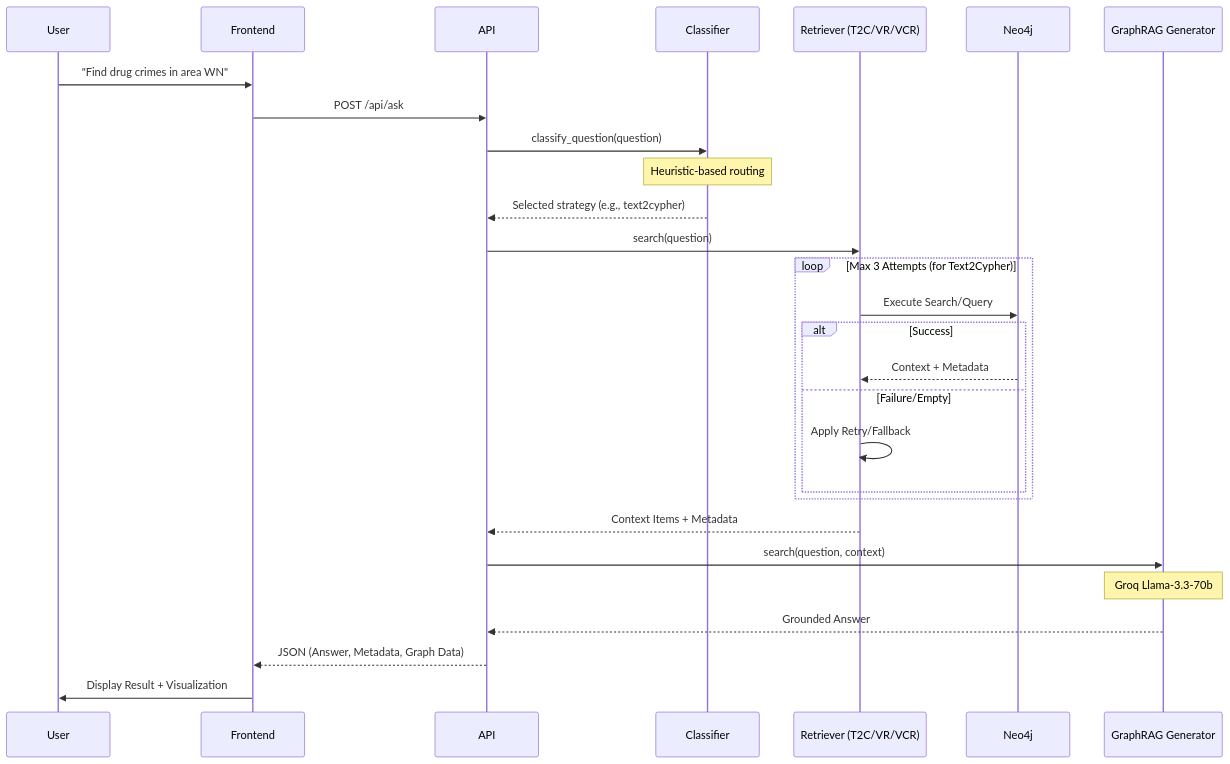
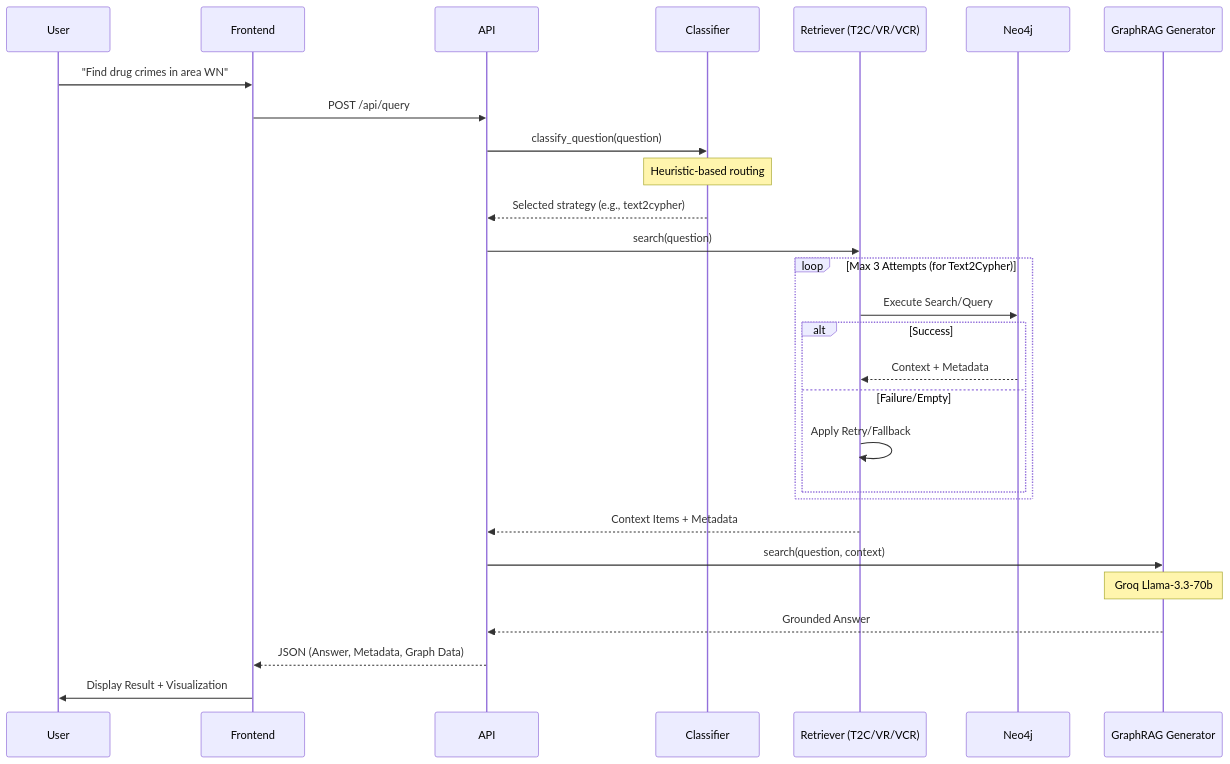
One commit to sairamreddy77/Investigraph changed the second of 12 diagrams in docs/ARCHITECTURE.md. Above: the diagram before and after it, drawn with Mermaid. The commit also changed other lines of this file and 6 other files, not shown here.

````diff
--- a/docs/ARCHITECTURE.md
+++ b/docs/ARCHITECTURE.md
@@ -101,37 +101,37 @@
 ```mermaid
 sequenceDiagram
     participant User
     participant Frontend
     participant API
     participant Classifier
     participant Retriever as Retriever (T2C/VR/VCR)
     participant Neo4j
     participant RAG as GraphRAG Generator
 
     User->>Frontend: "Find drug crimes in area WN"
-    Frontend->>API: POST /api/ask
+    Frontend->>API: POST /api/query
 
     API->>Classifier: classify_question(question)
     Note over Classifier: Heuristic-based routing
     Classifier-->>API: Selected strategy (e.g., text2cypher)
 
     API->>Retriever: search(question)
     
     loop Max 3 Attempts (for Text2Cypher)
         Retriever->>Neo4j: Execute Search/Query
         alt Success
             Neo4j-->>Retriever: Context + Metadata
         else Failure/Empty
             Retriever->>Retriever: Apply Retry/Fallback
         end
     end
 
     Retriever-->>API: Context Items + Metadata
 
     API->>RAG: search(question, context)
     Note over RAG: Groq Llama-3.3-70b
     RAG-->>API: Grounded Answer
 
     API-->>Frontend: JSON (Answer, Metadata, Graph Data)
     Frontend->>User: Display Result + Visualization
 ```
````
